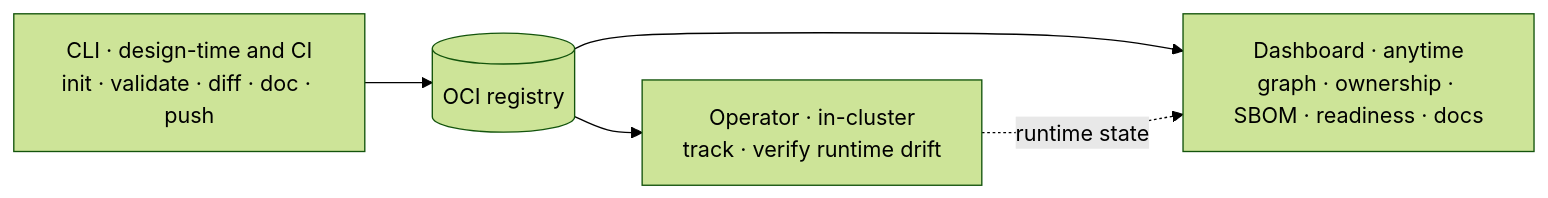
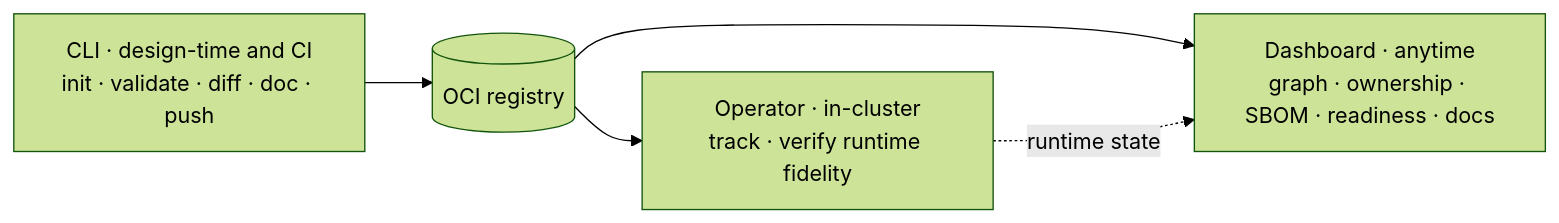
One commit to TrianaLab/pacto changed the second of 2 diagrams in README.md. Above: the diagram before and after it, drawn with Mermaid (forest theme). The commit also changed other lines of this file and 201 other files, not shown here.

````diff
--- a/README.md
+++ b/README.md
@@ -35,7 +35,7 @@
 ```mermaid
 flowchart LR
     CLI["CLI · design-time and CI<br/>init · validate · diff · doc · push"] --> R[(OCI registry)]
     R --> DASH["Dashboard · anytime<br/>graph · ownership · SBOM · readiness · docs"]
-    R --> OP["Operator · in-cluster<br/>track · verify runtime drift"]
+    R --> OP["Operator · in-cluster<br/>track · verify runtime fidelity"]
     OP -. runtime state .-> DASH
 ```
````
